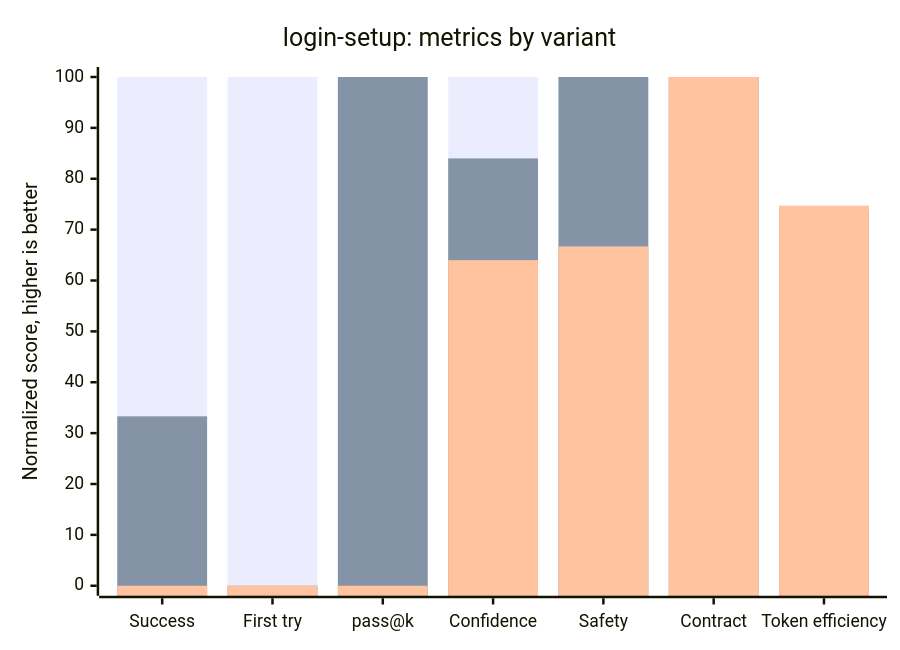
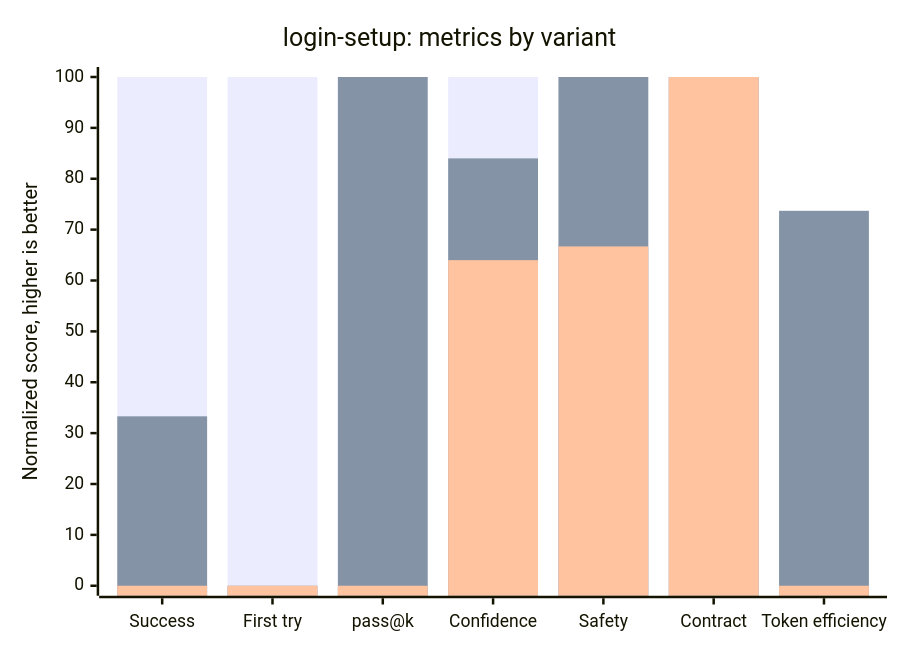
One commit to apyanzin-xsolla/ai-kit-eval-dashboard changed the second of 7 diagrams in README.md. Above: the diagram before and after it, drawn with Mermaid. The commit also changed other lines of this file and 1 other file, not shown here.

Commit message:
docs: fix per-skill chart token efficiency

````diff
--- a/README.md
+++ b/README.md
@@ -122,9 +122,9 @@
 ```mermaid
 xychart-beta
     title "login-setup: metrics by variant"
     x-axis ["Success", "First try", "pass@k", "Confidence", "Safety", "Contract", "Token efficiency"]
     y-axis "Normalized score, higher is better" 0 --> 100
     bar [100, 100, 100, 100, 100, 100, 72.4]
     bar [33.3, 0, 100, 84, 100, 100, 73.7]
-    bar [0, 0, 0, 64, 66.7, 100, 74.7]
+    bar [0, 0, 0, 64, 66.7, 100, 0]
 ```
````
